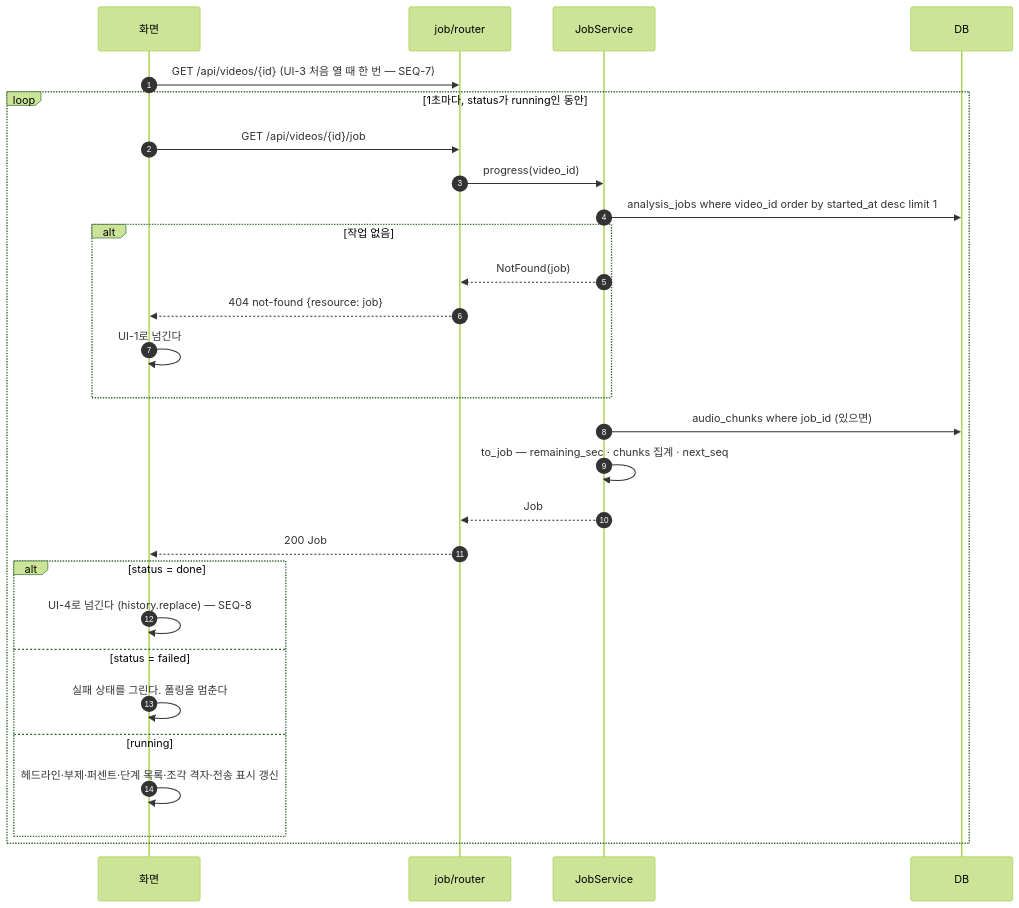
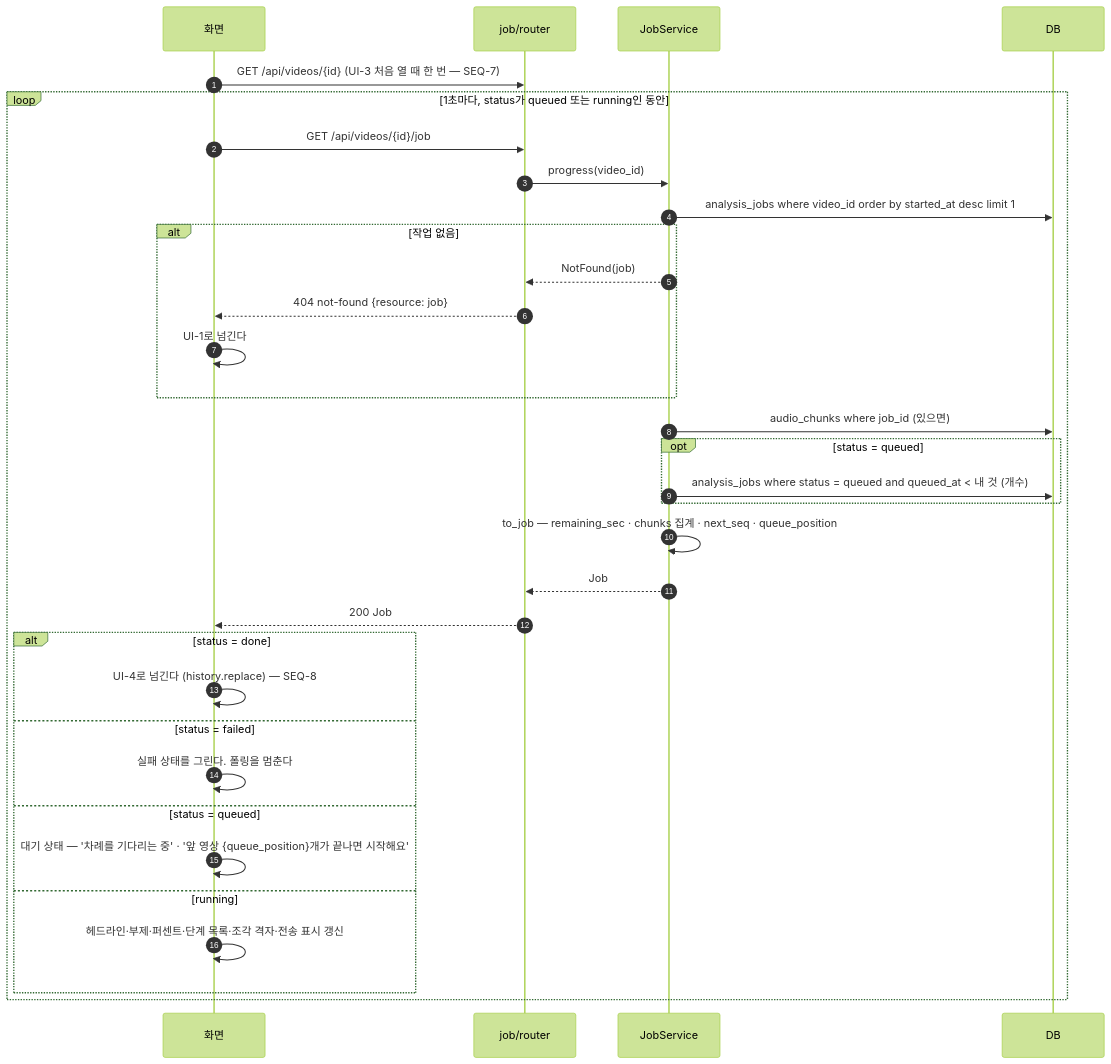
One commit to HoyoungParkme/video-agent changed the fifth of 15 diagrams in docs/specs/09-SEQ/VA-SEQ-001.md. Above: the diagram before and after it, drawn with Mermaid (forest theme). The commit also changed other lines of this file, not shown here.

Commit message:
대기열 반영 — SEQ-2·6은 queued로 넣고 깨움, SEQ-14 워커 추가, SEQ-13 워커 띄움, SEQ-12 .env 저장. 되먹일 것 #7·#8

````diff
--- a/docs/specs/09-SEQ/VA-SEQ-001.md
+++ b/docs/specs/09-SEQ/VA-SEQ-001.md
@@ -406,31 +406,36 @@
 ```mermaid
 sequenceDiagram
     autonumber
     participant W as 화면
     participant RJ as job/router
     participant JS as JobService
     participant DB
 
     W->>RJ: GET /api/videos/{id} (UI-3 처음 열 때 한 번 — SEQ-7)
-    loop 1초마다, status가 running인 동안
+    loop 1초마다, status가 queued 또는 running인 동안
         W->>RJ: GET /api/videos/{id}/job
         RJ->>JS: progress(video_id)
         JS->>DB: analysis_jobs where video_id order by started_at desc limit 1
         alt 작업 없음
             JS-->>RJ: NotFound(job)
             RJ-->>W: 404 not-found {resource: job}
             W->>W: UI-1로 넘긴다
         end
         JS->>DB: audio_chunks where job_id (있으면)
-        JS->>JS: to_job — remaining_sec · chunks 집계 · next_seq
+        opt status = queued
+            JS->>DB: analysis_jobs where status = queued and queued_at < 내 것 (개수)
+        end
+        JS->>JS: to_job — remaining_sec · chunks 집계 · next_seq · queue_position
         JS-->>RJ: Job
         RJ-->>W: 200 Job
         alt status = done
             W->>W: UI-4로 넘긴다 (history.replace) — SEQ-8
         else status = failed
             W->>W: 실패 상태를 그린다. 폴링을 멈춘다
+        else status = queued
+            W->>W: 대기 상태 — '차례를 기다리는 중' · '앞 영상 {queue_position}개가 끝나면 시작해요'
         else running
             W->>W: 헤드라인·부제·퍼센트·단계 목록·조각 격자·전송 표시 갱신
         end
     end
 ```
````
